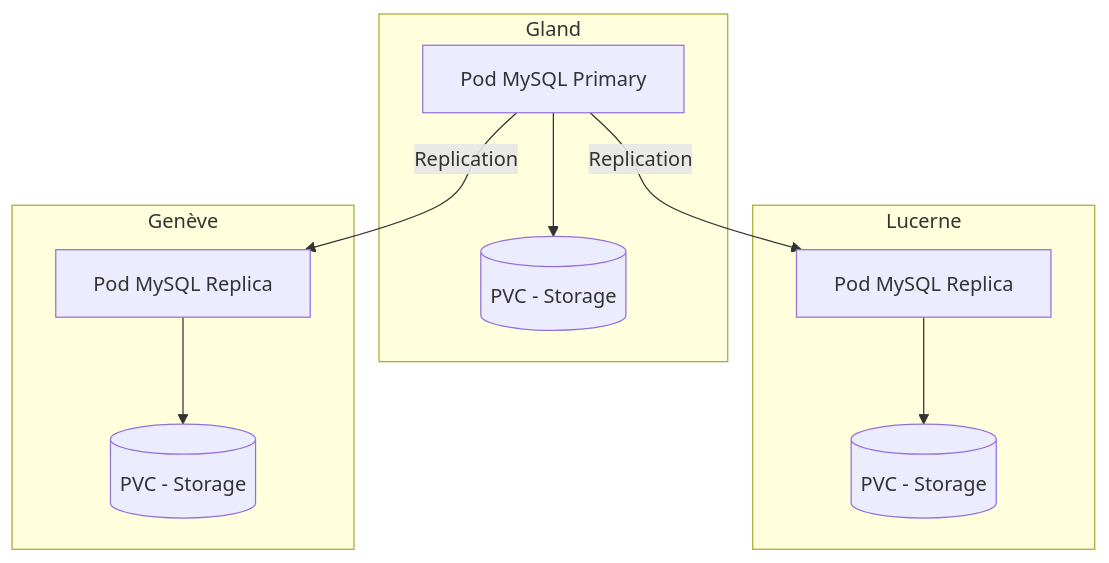
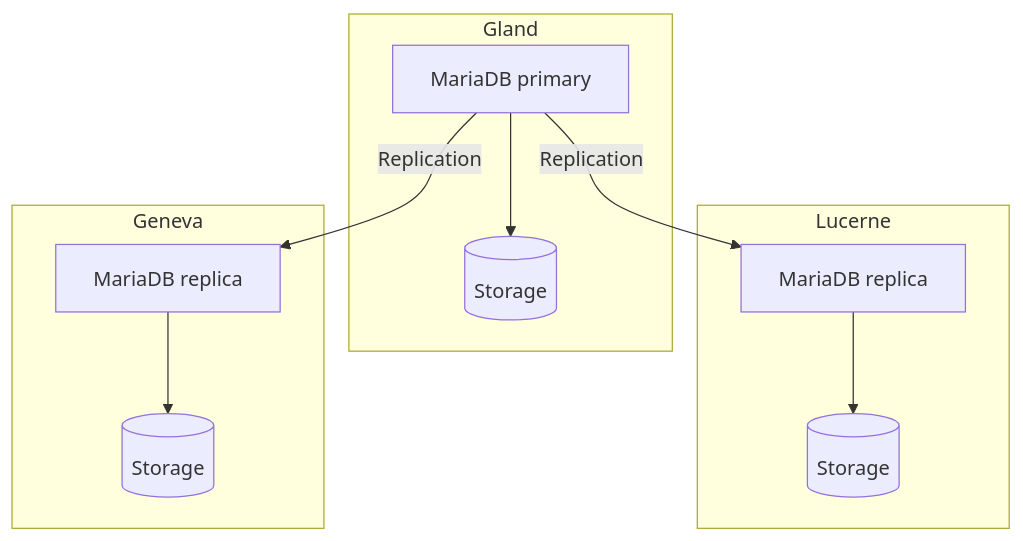
Before and after one commit to HidoraSwiss/hikube-public-doc: the diagram in i18n/en/docusaurus-plugin-content-docs/current/services/databases/mariadb/overview.md, drawn with Mermaid. The commit also changed other lines of this file and 148 other files, not shown here.

````diff
--- a/i18n/en/docusaurus-plugin-content-docs/current/services/databases/mariadb/overview.md
+++ b/i18n/en/docusaurus-plugin-content-docs/current/services/databases/mariadb/overview.md
@@ -31,17 +36,17 @@
 ```mermaid
 graph TD
     subgraph Gland
-        P1[Pod MySQL Primary] --> PVC1[(PVC - Storage)]
+        P1[MariaDB primary] --> PVC1[(Storage)]
     end
 
     subgraph Lucerne
-        P2[Pod MySQL Replica] --> PVC2[(PVC - Storage)]
+        P2[MariaDB replica] --> PVC2[(Storage)]
     end
 
-    subgraph Genève
-        P3[Pod MySQL Replica] --> PVC3[(PVC - Storage)]
+    subgraph Geneva
+        P3[MariaDB replica] --> PVC3[(Storage)]
     end
 
     P1 -->|Replication| P2
     P1 -->|Replication| P3
 ```
````
